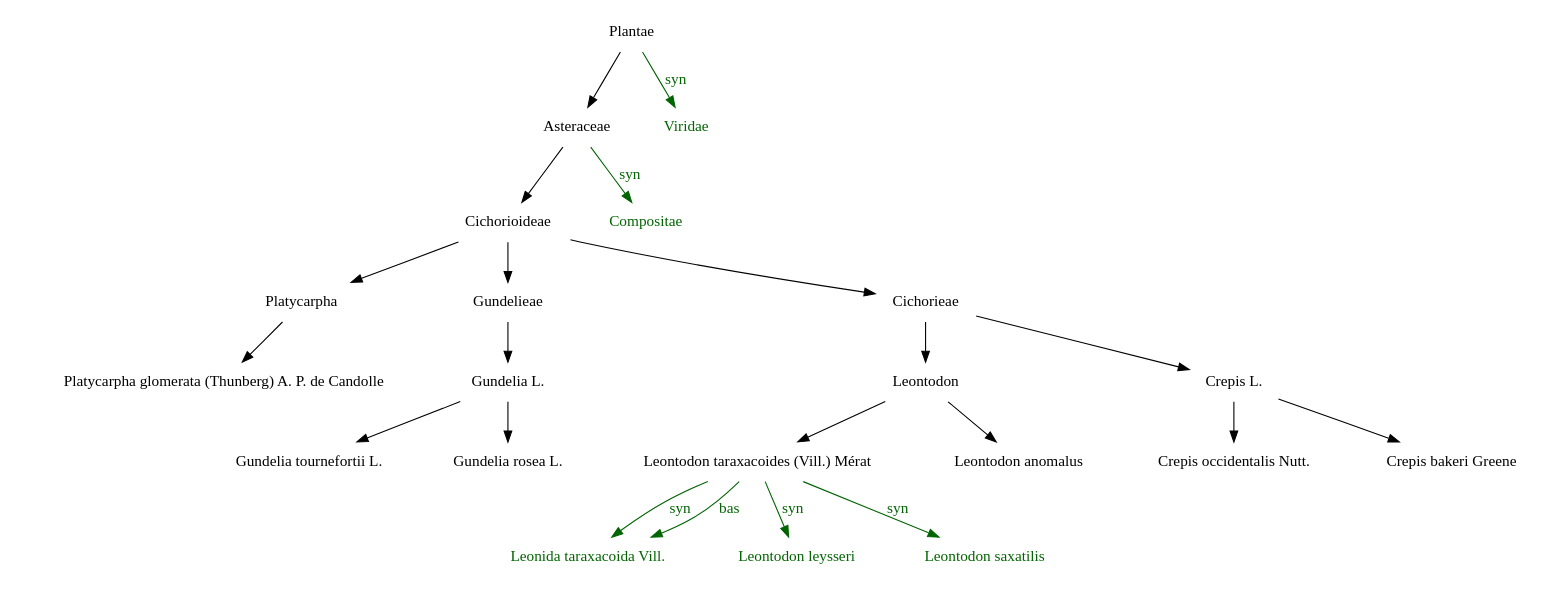
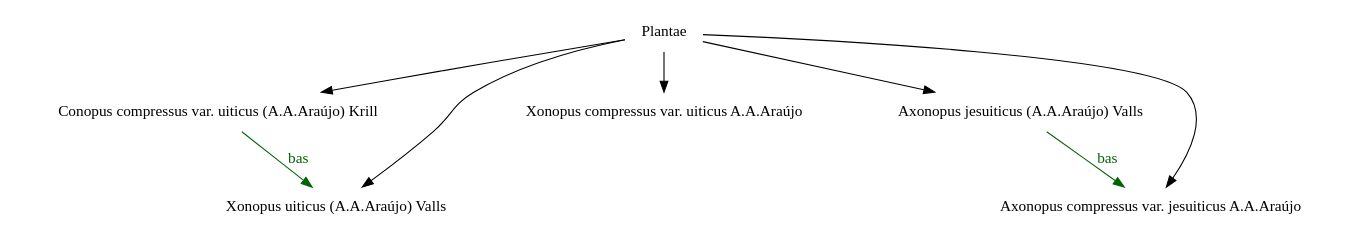
Before and after one commit to CatalogueOfLife/backend: the diagram in colplus-admin/graphs/dbugtree.dot, drawn with Graphviz. The commit also changed 97 other files, not shown here.

```diff
--- a/colplus-admin/graphs/dbugtree.dot
+++ b/colplus-admin/graphs/dbugtree.dot
@@ -1,46 +1,17 @@
 digraph G {
   node [shape=plaintext]
 
-  n0  [label="Plantae"]
-  n0 -> n2
-  n1  [label="Viridae", fontcolor=darkgreen]
-  n0 -> n1  [color=darkgreen, fontcolor=darkgreen, label=syn]
-  n2  [label="Asteraceae"]
-  n2 -> n4
-  n3  [label="Compositae", fontcolor=darkgreen]
-  n2 -> n3  [color=darkgreen, fontcolor=darkgreen, label=syn]
-  n4  [label="Cichorioideae"]
-  n4 -> n7
-  n4 -> n6
-  n4 -> n5
-  n5  [label="Cichorieae"]
-  n5 -> n9
-  n5 -> n8
-  n8  [label="Crepis L."]
-  n8 -> n13
-  n8 -> n12
-  n12  [label="Crepis bakeri Greene"]
-  n13  [label="Crepis occidentalis Nutt."]
-  n9  [label="Leontodon"]
-  n9 -> n15
-  n9 -> n14
-  n14  [label="Leontodon anomalus"]
-  n15  [label="Leontodon taraxacoides (Vill.) Mérat"]
-  n18  [label="Leonida taraxacoida Vill.", fontcolor=darkgreen]
-  n15 -> n18  [color=darkgreen, fontcolor=darkgreen, label=syn]
-  n15 -> n18  [color=darkgreen, fontcolor=darkgreen, label=bas]
-  n16  [label="Leontodon leysseri", fontcolor=darkgreen]
-  n15 -> n16  [color=darkgreen, fontcolor=darkgreen, label=syn]
-  n17  [label="Leontodon saxatilis", fontcolor=darkgreen]
-  n15 -> n17  [color=darkgreen, fontcolor=darkgreen, label=syn]
-  n6  [label="Gundelieae"]
-  n6 -> n10
-  n10  [label="Gundelia L."]
-  n10 -> n20
-  n10 -> n19
-  n19  [label="Gundelia rosea L."]
-  n20  [label="Gundelia tournefortii L."]
-  n7  [label="Platycarpha"]
-  n7 -> n11
-  n11  [label="Platycarpha glomerata (Thunberg) A. P. de Candolle"]
+  n5  [label="Plantae"]
+  n5 -> n4
+  n5 -> n2
+  n5 -> n3
+  n5 -> n0
+  n5 -> n1
+  n0  [label="Axonopus jesuiticus (A.A.Araújo) Valls"]
+  n2  [label="Xonopus uiticus (A.A.Araújo) Valls"]
+  n4 -> n2  [color=darkgreen, fontcolor=darkgreen, label=bas]
+  n1  [label="Axonopus compressus var. jesuiticus A.A.Araújo"]
+  n0 -> n1  [color=darkgreen, fontcolor=darkgreen, label=bas]
+  n4  [label="Conopus compressus var. uiticus (A.A.Araújo) Krill"]
+  n3  [label="Xonopus compressus var. uiticus A.A.Araújo"]
 }
```
